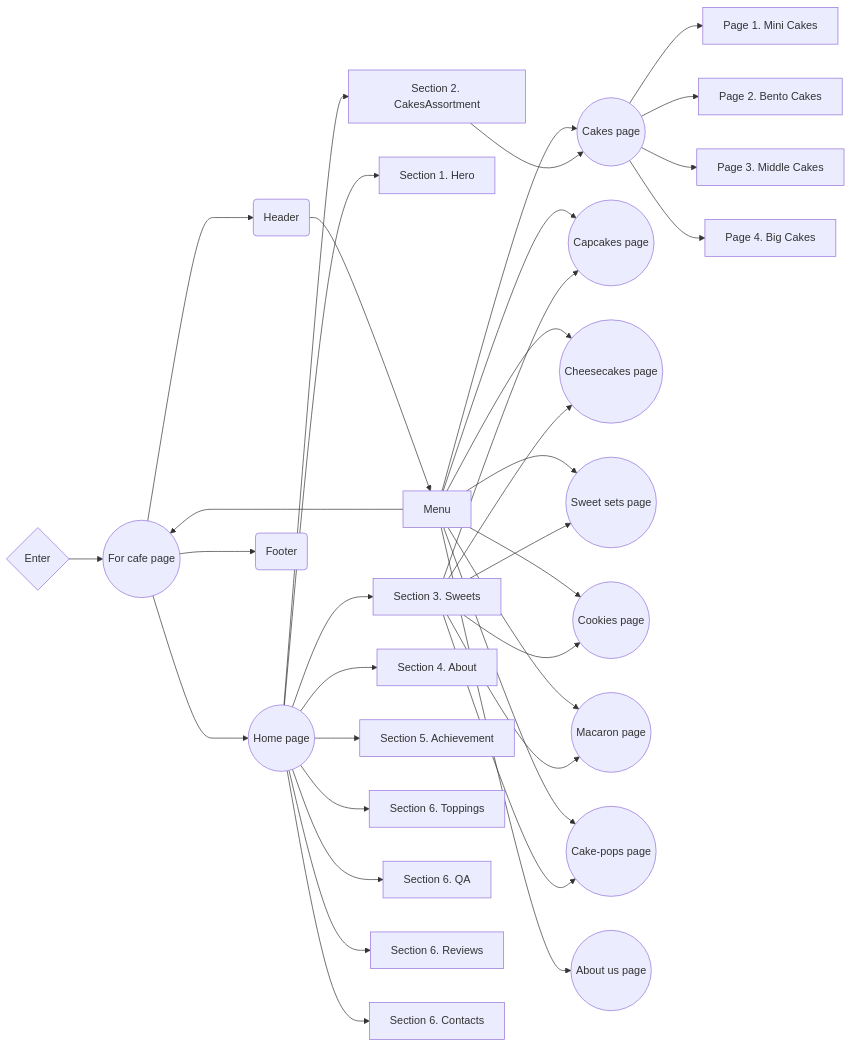
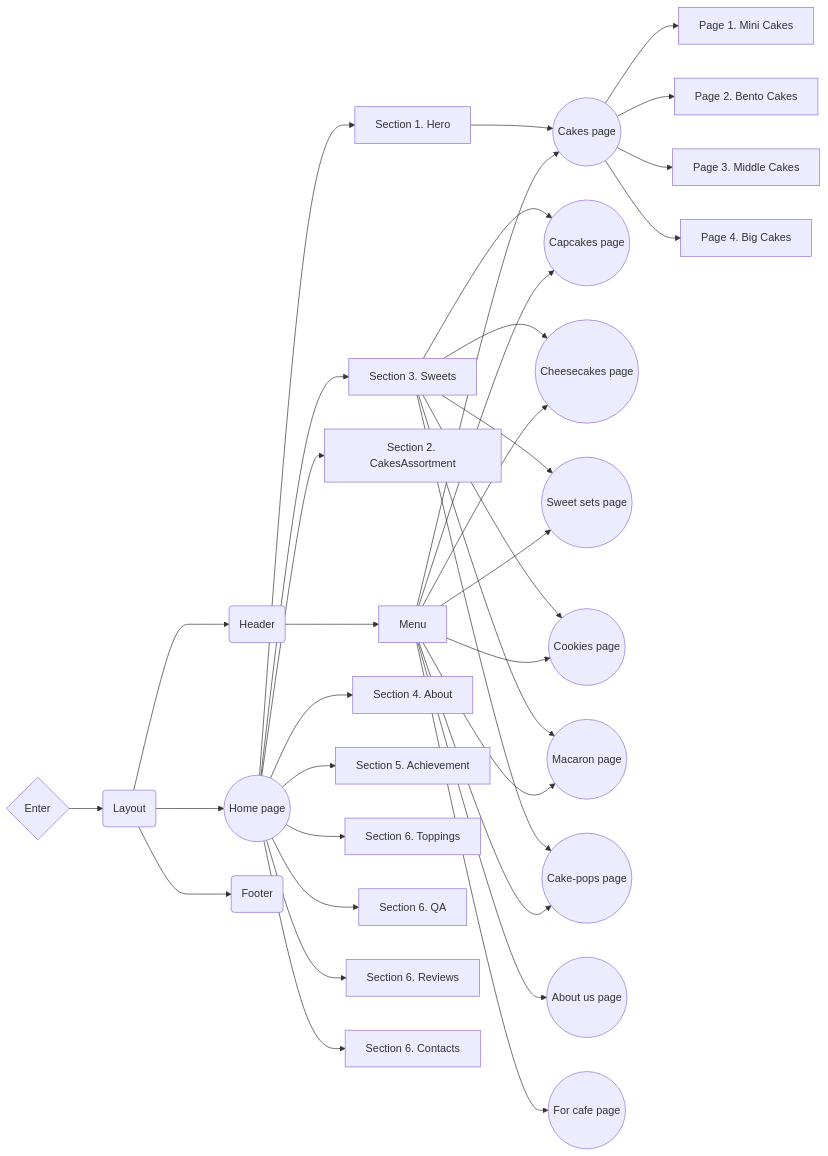
Before and after one commit to SoftRyzen-internship/de-tort: the diagram in README.md, drawn with Mermaid. The commit also changed 4 other files, not shown here.

````diff
--- a/README.md
+++ b/README.md
@@ -63,39 +63,39 @@
 ```mermaid
 graph LR
 
-  Z{Enter} --> L(Layot)
+  Z{Enter} --> L(Layout)
   L ---> B(Header)
   L ---> A((Home page))
   L ---> C(Footer)
   B --> BA[Menu]
   A --> AA[Section 1. Hero]
   A --> AB[Section 2. CakesAssortment]
   A --> AC[Section 3. Sweets]
   A --> AD[Section 4. About]
   A --> AE[Section 5. Achievement]
   A --> AF[Section 6. Toppings]
   A --> AG[Section 6. QA]
   A --> AH[Section 6. Reviews]
   A --> AI[Section 6. Contacts]
   BA --> D((Cakes page))
-  AB --> D
+  AA --> D
   D --> DA[Page 1. Mini Cakes]
   D --> DB[Page 2. Bento Cakes]
   D --> DC[Page 3. Middle Cakes]
   D --> DD[Page 4. Big Cakes]
   BA --> E((Capcakes page))
   BA --> F((Cheesecakes page))
   BA --> G((Sweet sets page))
   BA --> H((Cookies page))
   BA --> I((Macaron page))
   BA --> J((Cake-pops page))
   AC --> E
   AC --> F
   AC --> G
   AC --> H
   AC --> I
   AC --> J
   BA --> K((About us page))
-  BA --> L((For cafe page))
+  BA --> M((For cafe page))
 
 ```
````
